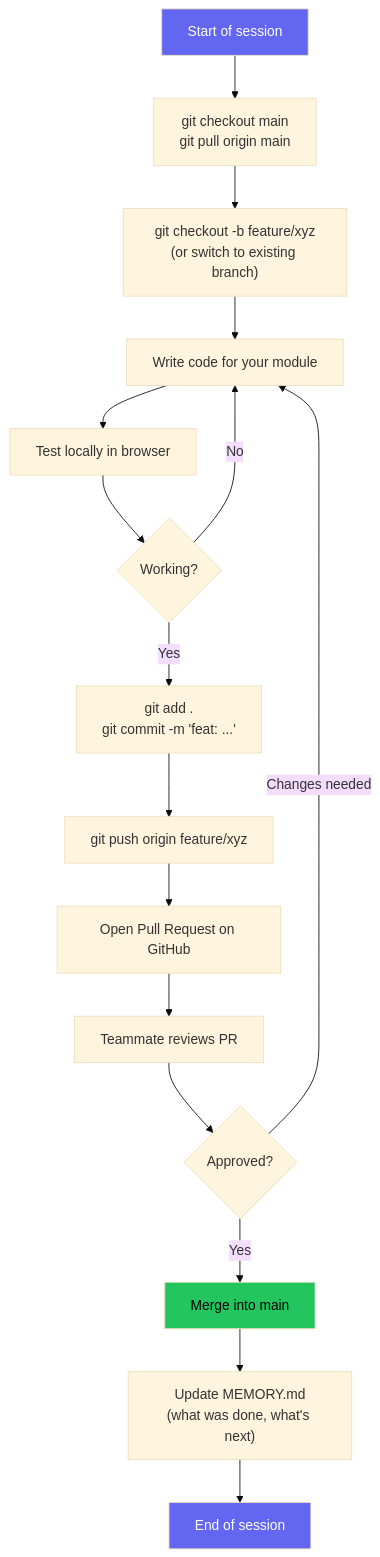
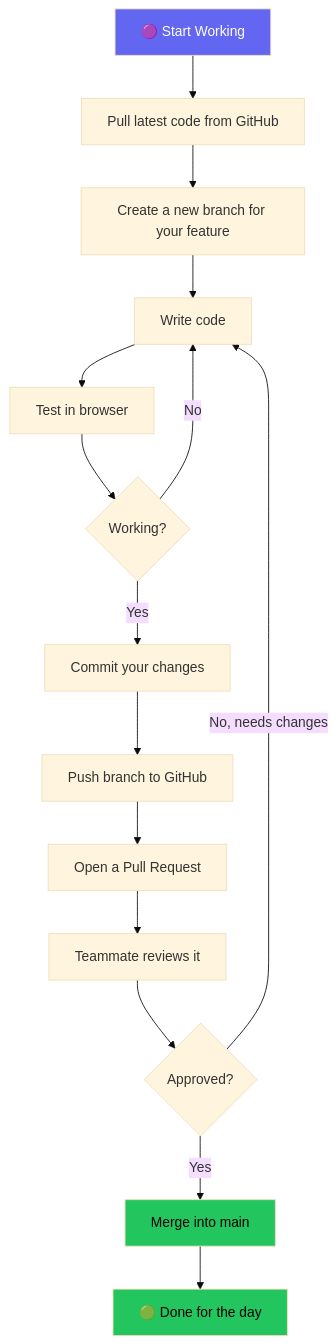
The second of 2 diagrams in 02-git-workflow.md (findrishu/semicolon), drawn with Mermaid (base theme) before and after one commit. The commit also changed other lines of this file and 5 other files, not shown here.

Commit message:
docs: revamp all markdown files with Mermaid diagrams and simplified language

````diff
--- a/02-git-workflow.md
+++ b/02-git-workflow.md
@@ -39,22 +28,21 @@
 ```mermaid
 flowchart TD
-    A["Start of session"] --> B["git checkout main<br/>git pull origin main"]
-    B --> C["git checkout -b feature/xyz<br/>(or switch to existing branch)"]
-    C --> D["Write code for your module"]
-    D --> E["Test locally in browser"]
+    A["🟣 Start Working"] --> B["Pull latest code from GitHub"]
+    B --> C["Create a new branch for your feature"]
+    C --> D["Write code"]
+    D --> E["Test in browser"]
     E --> F{"Working?"}
-    F -->|No| D
-    F -->|Yes| G["git add .<br/>git commit -m 'feat: ...'"]
-    G --> H["git push origin feature/xyz"]
-    H --> I["Open Pull Request on GitHub"]
-    I --> J["Teammate reviews PR"]
+    F -- "No" --> D
+    F -- "Yes" --> G["Commit your changes"]
+    G --> H["Push branch to GitHub"]
+    H --> I["Open a Pull Request"]
+    I --> J["Teammate reviews it"]
     J --> K{"Approved?"}
-    K -->|Changes needed| D
-    K -->|Yes| L["Merge into main"]
-    L --> M["Update MEMORY.md<br/>(what was done, what's next)"]
-    M --> N["End of session"]
+    K -- "No, needs changes" --> D
+    K -- "Yes" --> L["Merge into main"]
+    L --> M["🟢 Done for the day"]
 
     style A fill:#6366f1,color:#fff
     style L fill:#22c55e,color:#000
-    style N fill:#6366f1,color:#fff
+    style M fill:#22c55e,color:#000
 ```
````
